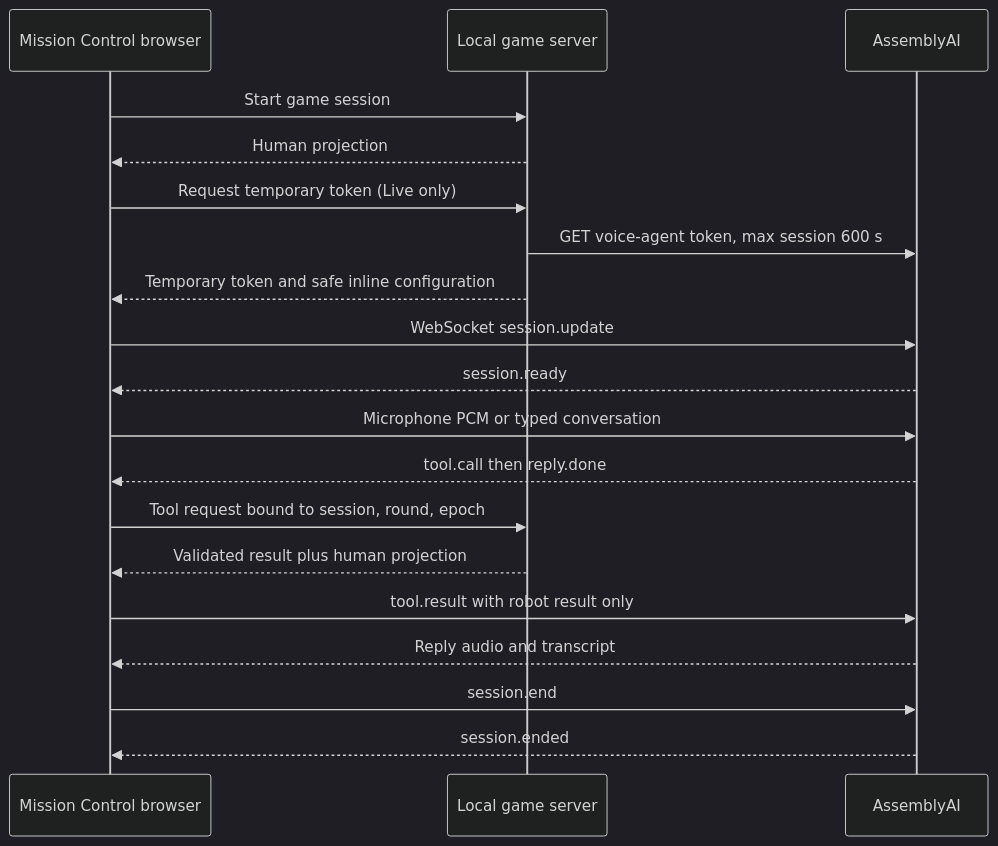
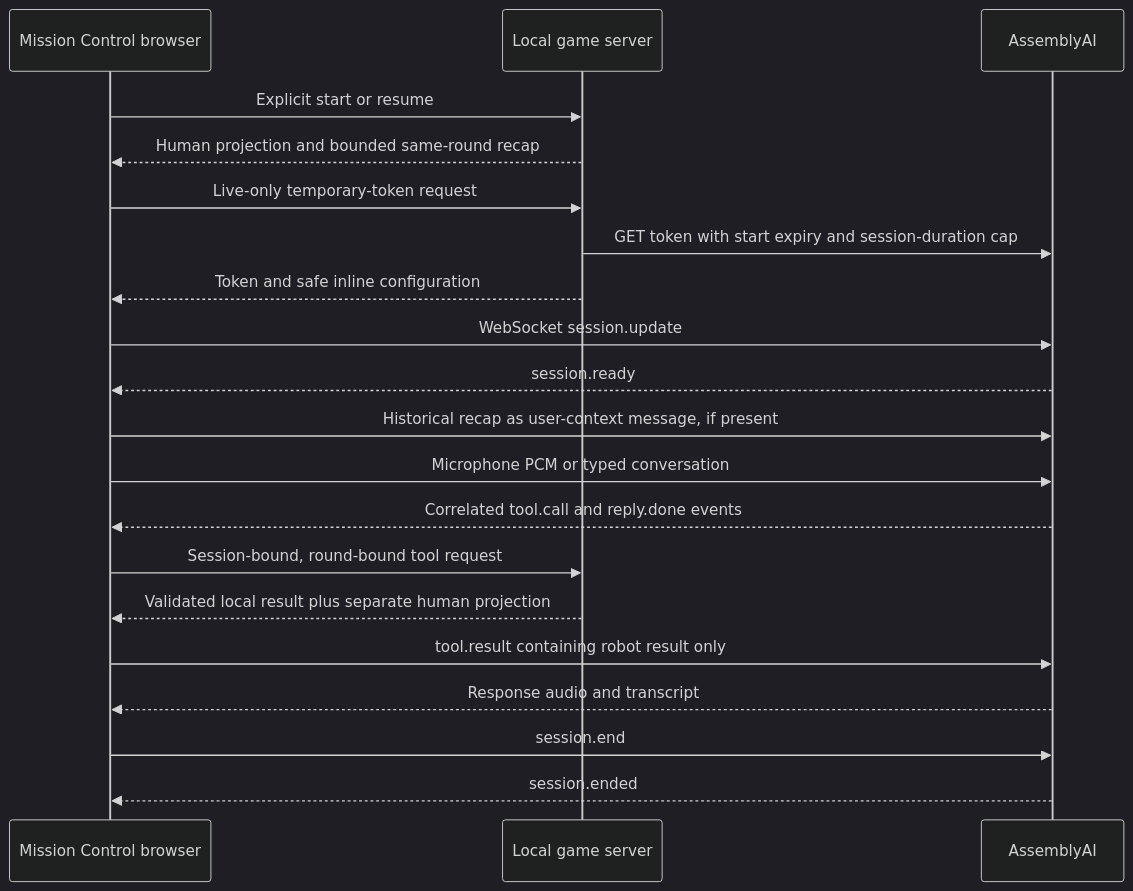
Before and after one commit to catlover-bot/talk-me-home: the diagram in docs/architecture.md, drawn with Mermaid (dark theme). The commit also changed other lines of this file and 79 other files, not shown here.

````diff
--- a/docs/architecture.md
+++ b/docs/architecture.md
@@ -15,21 +61,22 @@
 ```mermaid
 sequenceDiagram
   participant H as Mission Control browser
   participant G as Local game server
   participant A as AssemblyAI
-  H->>G: Start game session
-  G-->>H: Human projection
-  H->>G: Request temporary token (Live only)
-  G->>A: GET voice-agent token, max session 600 s
-  G-->>H: Temporary token and safe inline configuration
+  H->>G: Explicit start or resume
+  G-->>H: Human projection and bounded same-round recap
+  H->>G: Live-only temporary-token request
+  G->>A: GET token with start expiry and session-duration cap
+  G-->>H: Token and safe inline configuration
   H->>A: WebSocket session.update
   A-->>H: session.ready
+  H->>A: Historical recap as user-context message, if present
   H->>A: Microphone PCM or typed conversation
-  A-->>H: tool.call then reply.done
-  H->>G: Tool request bound to session, round, epoch
-  G-->>H: Validated result plus human projection
-  H->>A: tool.result with robot result only
-  A-->>H: Reply audio and transcript
+  A-->>H: Correlated tool.call and reply.done events
+  H->>G: Session-bound, round-bound tool request
+  G-->>H: Validated local result plus separate human projection
+  H->>A: tool.result containing robot result only
+  A-->>H: Response audio and transcript
   H->>A: session.end
   A-->>H: session.ended
 ```
````
